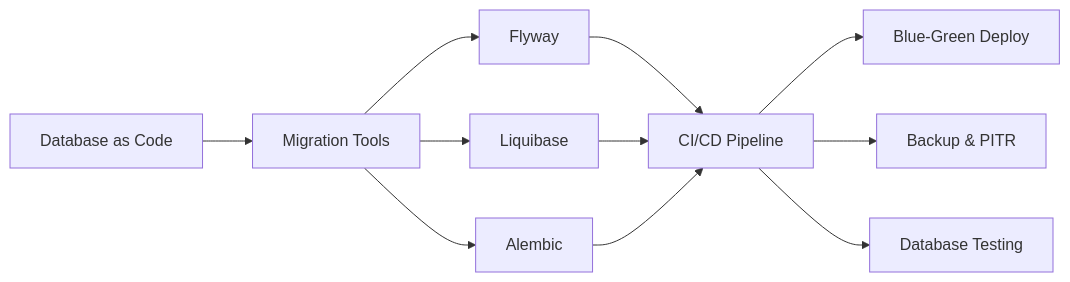
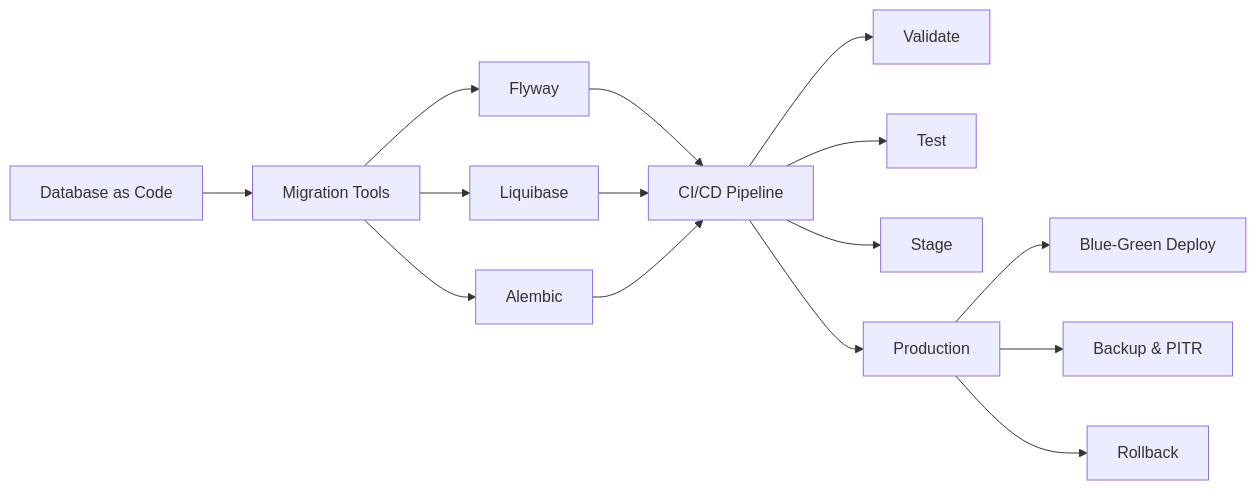
One commit to Raushan666java/ai-engineering-journey changed the diagram in docs/courses/devops/15-database-devops.md. Above: the diagram before and after it, drawn with Mermaid. The commit also changed other lines of this file and 62 other files, not shown here.

````diff
--- a/docs/courses/devops/15-database-devops.md
+++ b/docs/courses/devops/15-database-devops.md
@@ -31,11 +31,15 @@
 ```mermaid
 flowchart LR
     A[Database as Code] --> B[Migration Tools]
     B --> C[Flyway]
     B --> D[Liquibase]
     B --> E[Alembic]
     C & D & E --> F[CI/CD Pipeline]
-    F --> G[Blue-Green Deploy]
-    F --> H[Backup & PITR]
-    F --> I[Database Testing]
+    F --> G[Validate]
+    F --> H[Test]
+    F --> I[Stage]
+    F --> J[Production]
+    J --> K[Blue-Green Deploy]
+    J --> L[Backup & PITR]
+    J --> M[Rollback]
 ```
````
